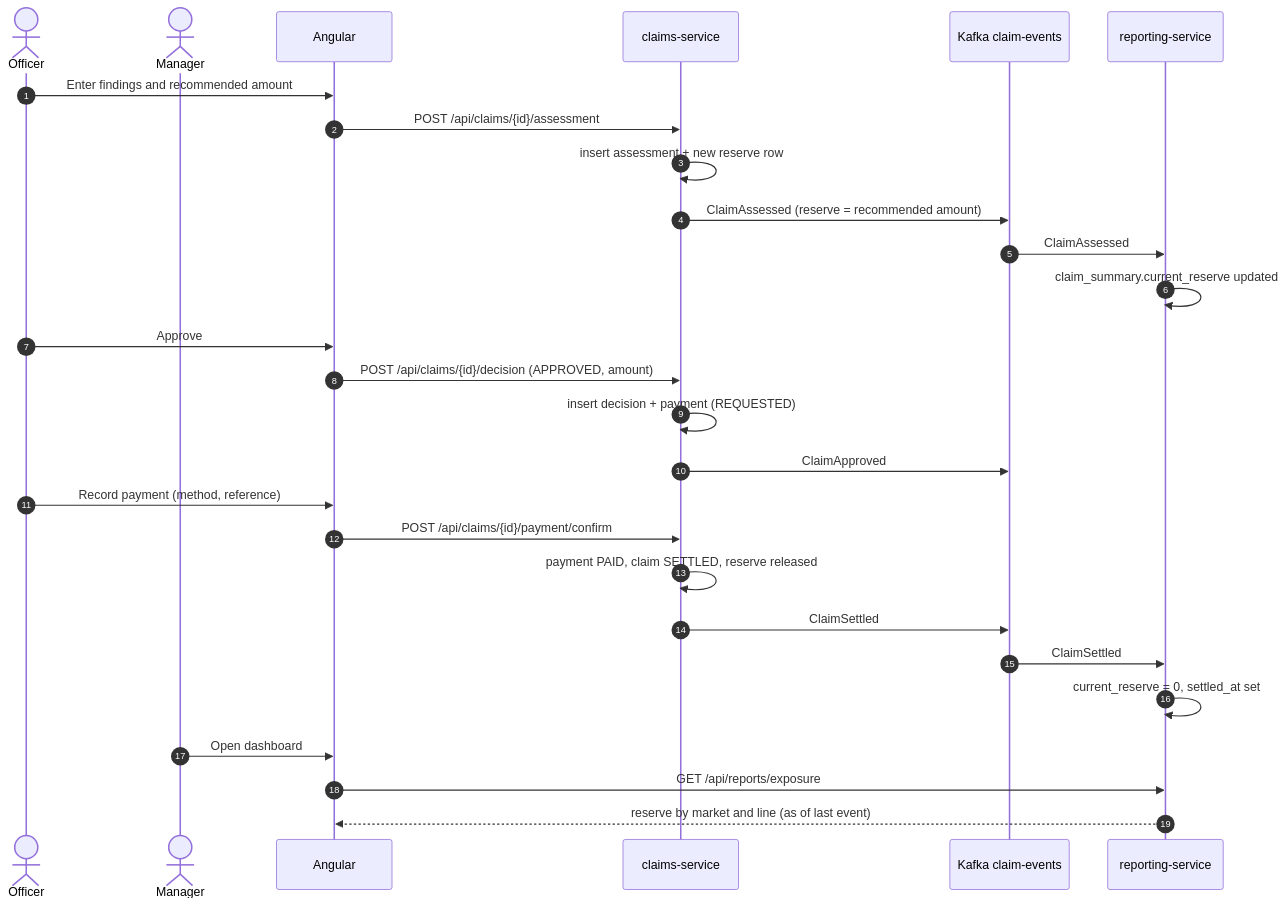
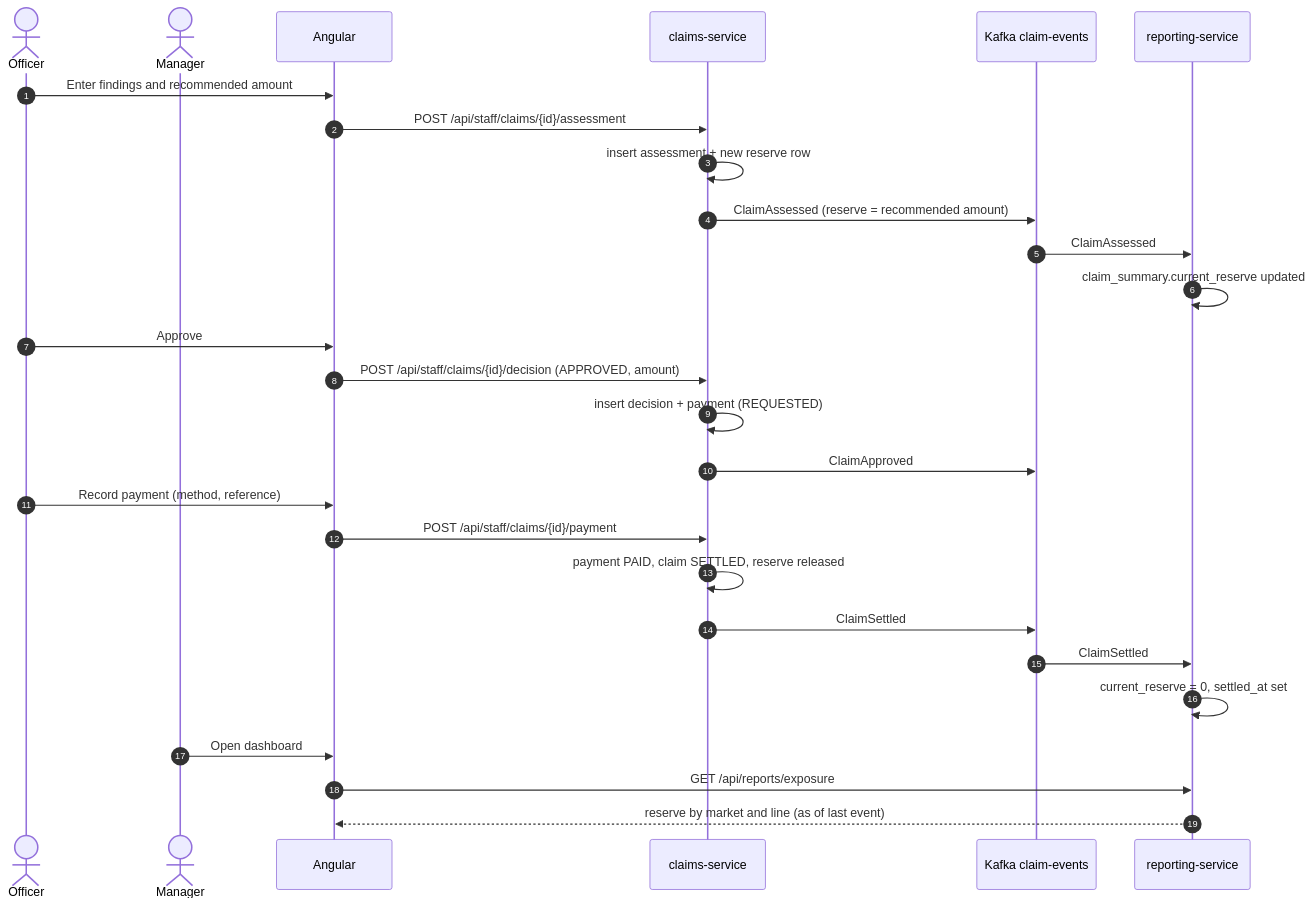
One commit to ZenoHwan/claim-system changed the third of 5 diagrams in docs/sequence-diagrams.md. Above: the diagram before and after it, drawn with Mermaid. The commit also changed other lines of this file and 6 other files, not shown here.

Commit message:
docs: trade-offs, next steps, Redis and e2e tests in the README and diagrams

````diff
--- a/docs/sequence-diagrams.md
+++ b/docs/sequence-diagrams.md
@@ -95,33 +109,33 @@
 ```mermaid
 sequenceDiagram
     autonumber
     actor O as Officer
     actor M as Manager
     participant UI as Angular
     participant CS as claims-service
     participant K as Kafka claim-events
     participant RS as reporting-service
 
     O->>UI: Enter findings and recommended amount
-    UI->>CS: POST /api/claims/{id}/assessment
+    UI->>CS: POST /api/staff/claims/{id}/assessment
     CS->>CS: insert assessment + new reserve row
     CS->>K: ClaimAssessed (reserve = recommended amount)
     K->>RS: ClaimAssessed
     RS->>RS: claim_summary.current_reserve updated
 
     O->>UI: Approve
-    UI->>CS: POST /api/claims/{id}/decision (APPROVED, amount)
+    UI->>CS: POST /api/staff/claims/{id}/decision (APPROVED, amount)
     CS->>CS: insert decision + payment (REQUESTED)
     CS->>K: ClaimApproved
 
     O->>UI: Record payment (method, reference)
-    UI->>CS: POST /api/claims/{id}/payment/confirm
+    UI->>CS: POST /api/staff/claims/{id}/payment
     CS->>CS: payment PAID, claim SETTLED, reserve released
     CS->>K: ClaimSettled
     K->>RS: ClaimSettled
     RS->>RS: current_reserve = 0, settled_at set
 
     M->>UI: Open dashboard
     UI->>RS: GET /api/reports/exposure
     RS-->>UI: reserve by market and line (as of last event)
 ```
````
